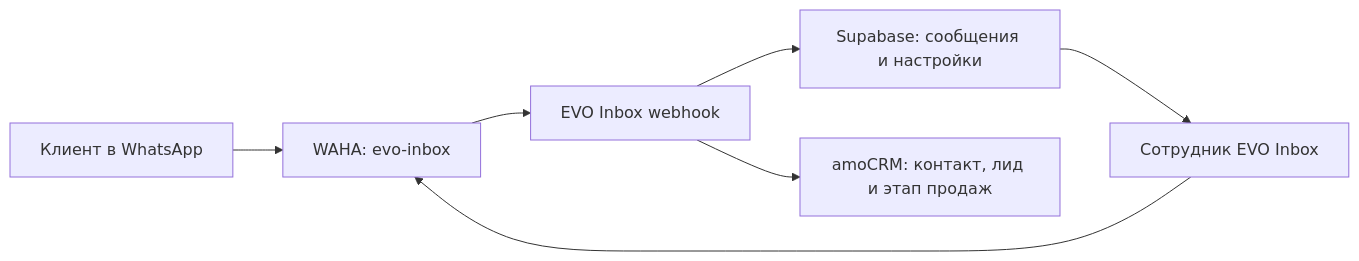
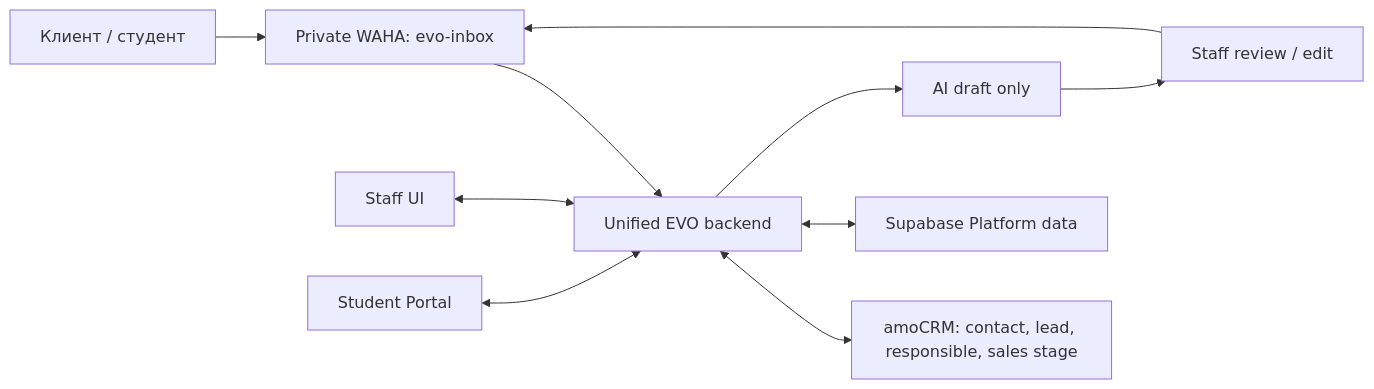
The diagram in docs/platform/system-overview.md (izzhackt/evo_AI_CRM), drawn with Mermaid before and after one commit. The commit also changed other lines of this file and 16 other files, not shown here.

Commit message:
docs(platform): finalize unified platform execution contract

````diff
--- a/docs/platform/system-overview.md
+++ b/docs/platform/system-overview.md
@@ -65,9 +49,12 @@
 ```mermaid
 flowchart LR
-  Customer["Клиент в WhatsApp"] --> Waha["WAHA: evo-inbox"]
-  Waha --> Inbox["EVO Inbox webhook"]
-  Inbox --> Store["Supabase: сообщения и настройки"]
-  Inbox --> Amo["amoCRM: контакт, лид и этап продаж"]
-  Store --> Staff["Сотрудник EVO Inbox"]
-  Staff --> Waha
+  Customer["Клиент / студент"] --> Waha["Private WAHA: evo-inbox"]
+  Waha --> Platform["Unified EVO backend"]
+  Platform <--> Amo["amoCRM: contact, lead, responsible, sales stage"]
+  Platform <--> Data["Supabase Platform data"]
+  Staff["Staff UI"] <--> Platform
+  Portal["Student Portal"] <--> Platform
+  Platform --> Draft["AI draft only"]
+  Draft --> Review["Staff review / edit"]
+  Review --> Waha
 ```
````
